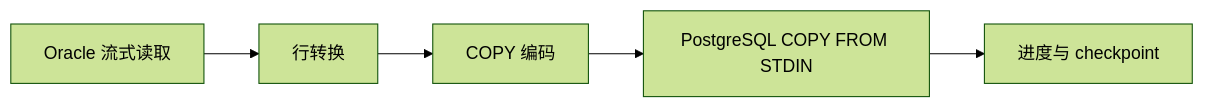
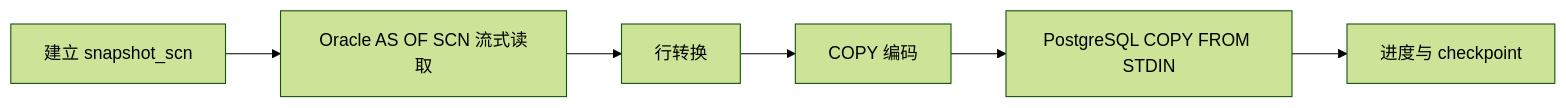
One commit to sainm/SchemaPilot changed diagram 11 of 11 in docs/design.md. Above: the diagram before and after it, drawn with Mermaid (forest theme). The commit also changed other lines of this file and 489 other files, not shown here.

Commit message:
Implement modular SchemaPilot MVP

````diff
--- a/docs/design.md
+++ b/docs/design.md
@@ -1275,7 +1568,8 @@
 ```mermaid
 flowchart LR
-  A["Oracle 流式读取"] --> B["行转换"]
-  B --> C["COPY 编码"]
-  C --> D["PostgreSQL COPY FROM STDIN"]
-  D --> E["进度与 checkpoint"]
+  A["建立 snapshot_scn"] --> B["Oracle AS OF SCN 流式读取"]
+  B --> C["行转换"]
+  C --> D["COPY 编码"]
+  D --> E["PostgreSQL COPY FROM STDIN"]
+  E --> F["进度与 checkpoint"]
 ```
````
